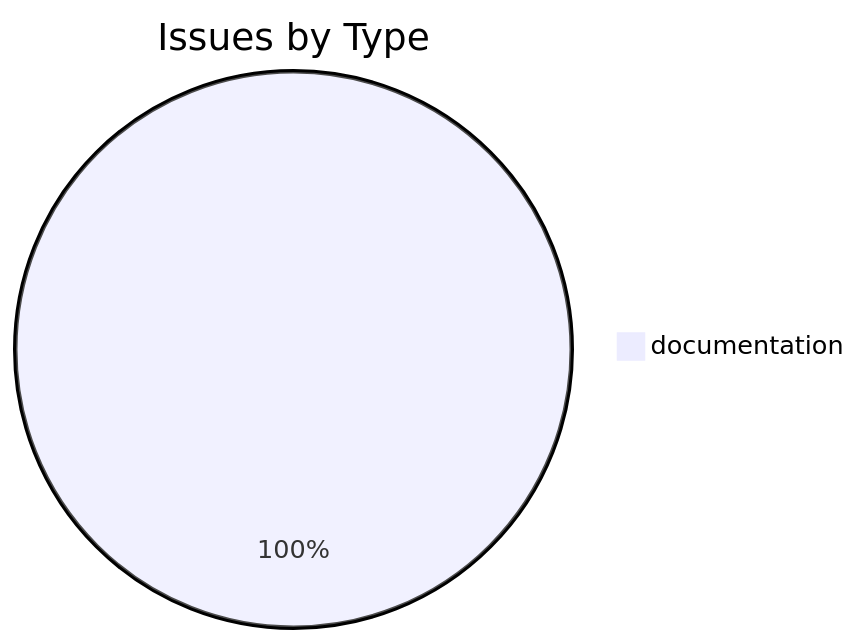
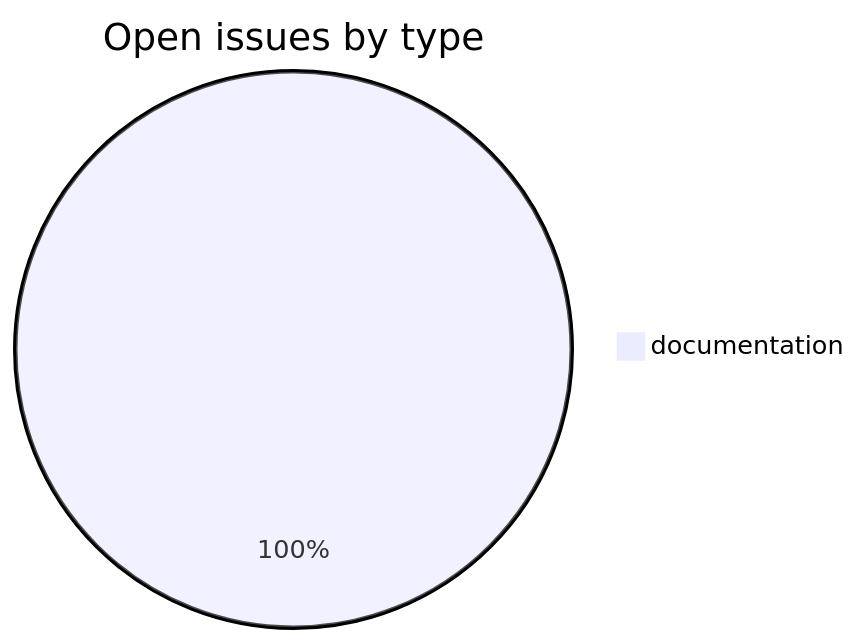
The first of 2 diagrams in README.md (sanskrit-lexicon/avlinks), drawn with Mermaid before and after one commit. The commit also changed other lines of this file, not shown here.

````diff
--- a/README.md
+++ b/README.md
@@ -17,4 +28,4 @@
 ```mermaid
-pie title Issues by Type
+pie title Open issues by type
     "documentation" : 1
 ```
````
